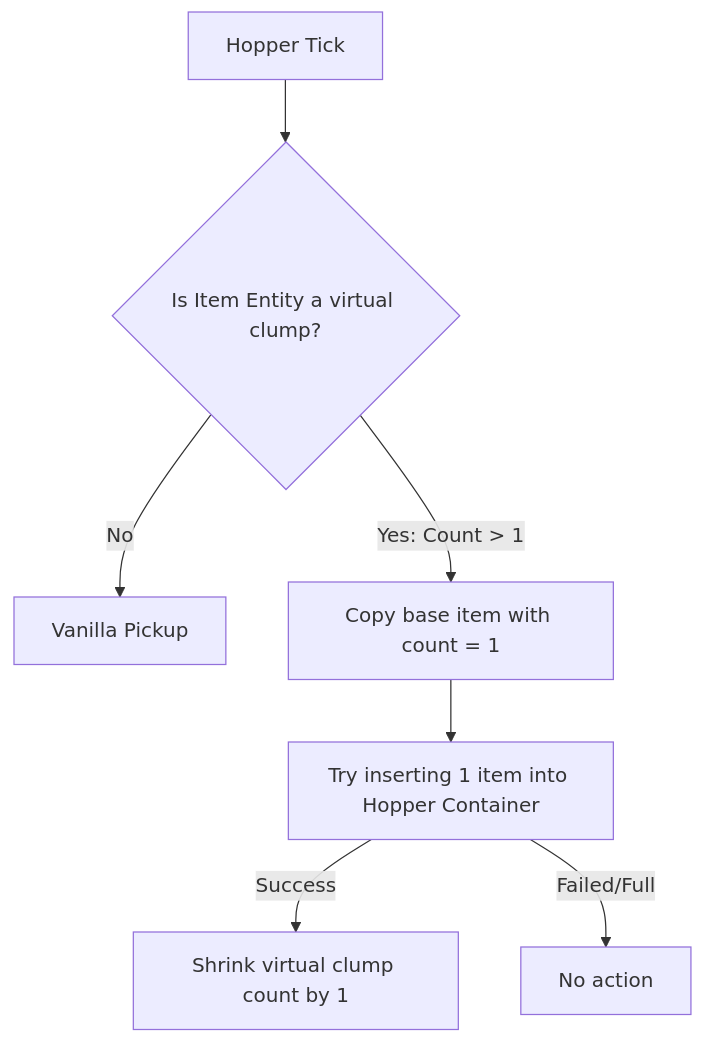
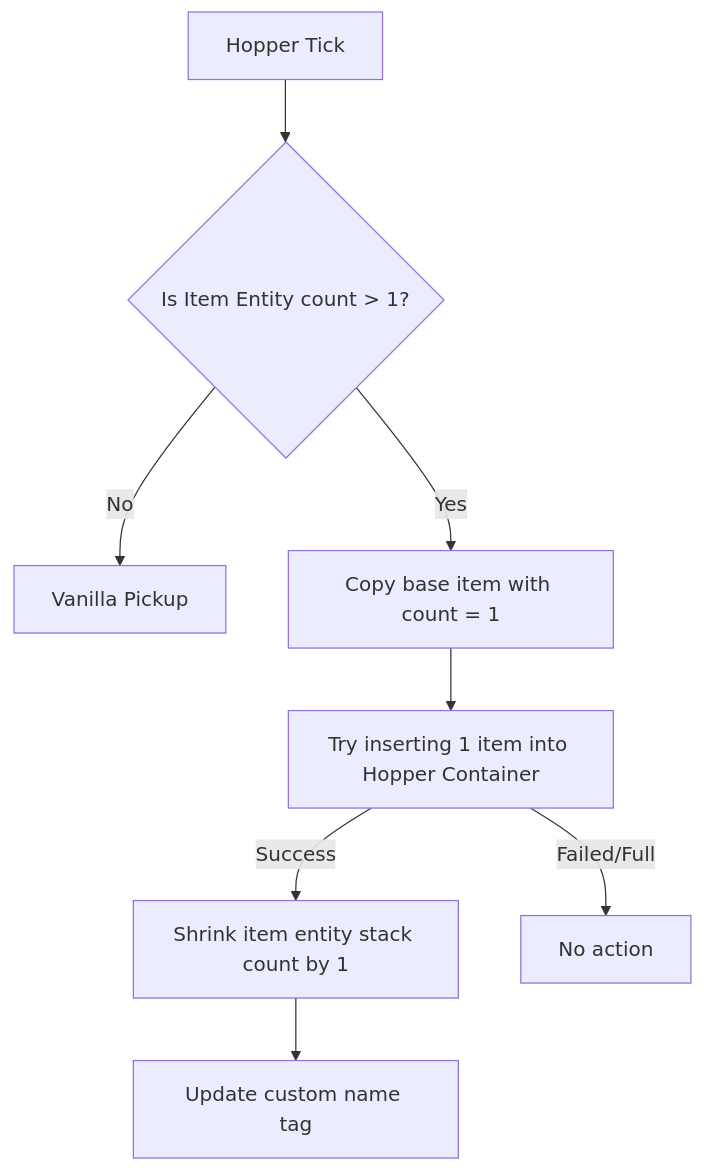
The second of 2 diagrams in Doc/Develop/Architecture/architecture.md (Rifaditya/IG-item-clumps), drawn with Mermaid before and after one commit. The commit also changed other lines of this file and 15 other files, not shown here.

````diff
--- a/Doc/Develop/Architecture/architecture.md
+++ b/Doc/Develop/Architecture/architecture.md
@@ -62,9 +69,10 @@
 ```mermaid
 graph TD
-    A[Hopper Tick] --> B{Is Item Entity a virtual clump?}
+    A[Hopper Tick] --> B{Is Item Entity count > 1?}
     B -->|No| C[Vanilla Pickup]
-    B -->|Yes: Count > 1| D[Copy base item with count = 1]
+    B -->|Yes| D[Copy base item with count = 1]
     D --> E[Try inserting 1 item into Hopper Container]
-    E -->|Success| F[Shrink virtual clump count by 1]
+    E -->|Success| F[Shrink item entity stack count by 1]
+    F --> H[Update custom name tag]
     E -->|Failed/Full| G[No action]
 ```
````
